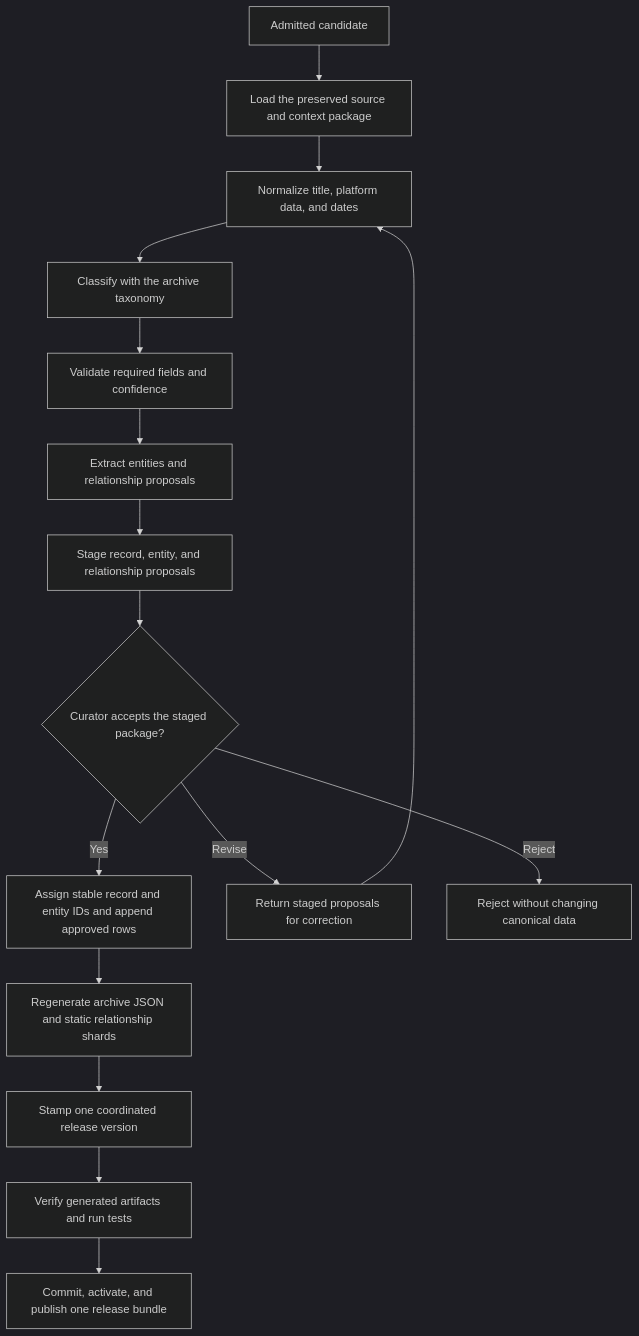
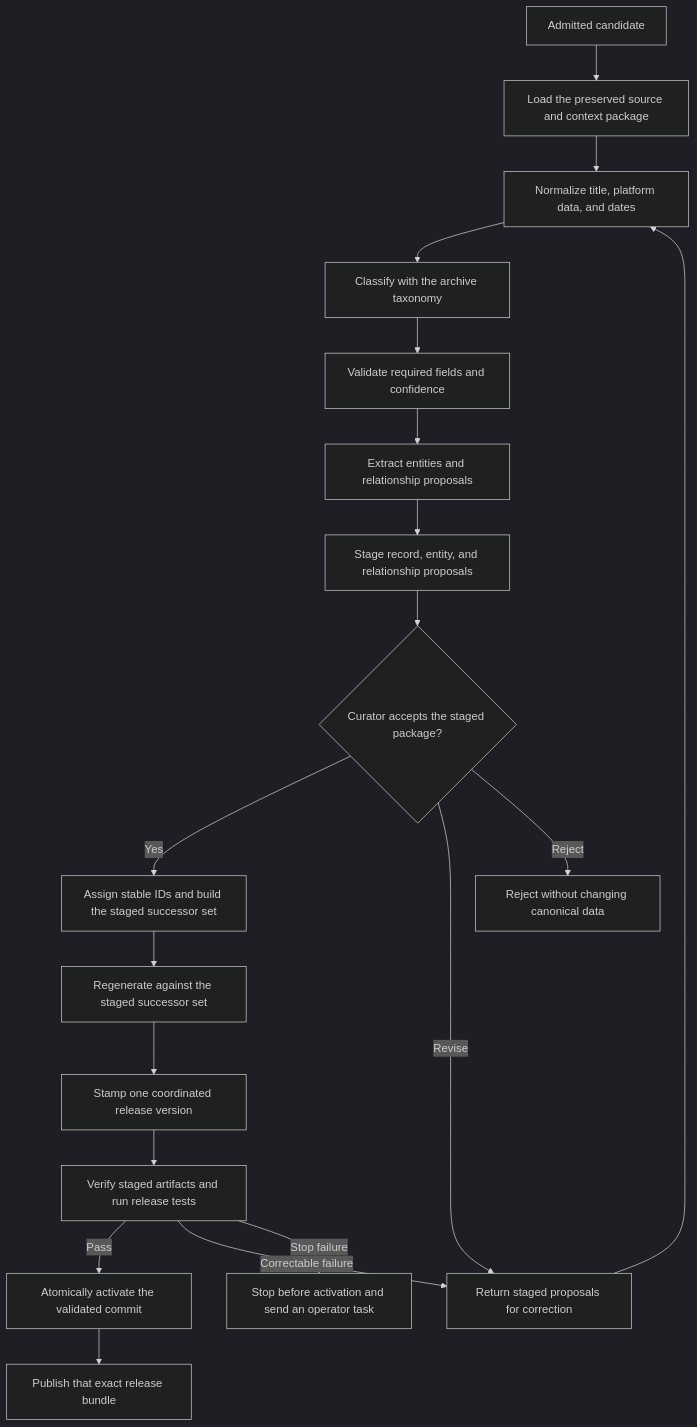
One commit to jamditis/rosen-frontend changed the fourth of 4 diagrams in docs/bluesky-stewardship-pipeline.md. Above: the diagram before and after it, drawn with Mermaid (dark theme). The commit also changed other lines of this file, not shown here.

Commit message:
docs: close stewardship release review gaps

````diff
--- a/docs/bluesky-stewardship-pipeline.md
+++ b/docs/bluesky-stewardship-pipeline.md
@@ -120,18 +120,21 @@
 ```mermaid
 flowchart TD
     A[Admitted candidate] --> B[Load the preserved source and context package]
     B --> C[Normalize title, platform data, and dates]
     C --> D[Classify with the archive taxonomy]
     D --> E[Validate required fields and confidence]
     E --> F[Extract entities and relationship proposals]
     F --> G[Stage record, entity, and relationship proposals]
     G --> H{Curator accepts the staged package?}
-    H -->|Yes| I[Assign stable record and entity IDs and append approved rows]
+    H -->|Yes| I[Assign stable IDs and build the staged successor set]
     H -->|Revise| J[Return staged proposals for correction]
     J --> C
     H -->|Reject| M[Reject without changing canonical data]
-    I --> K[Regenerate archive JSON and static relationship shards]
+    I --> K[Regenerate against the staged successor set]
     K --> L[Stamp one coordinated release version]
-    L --> N[Verify generated artifacts and run tests]
-    N --> O[Commit, activate, and publish one release bundle]
+    L --> N[Verify staged artifacts and run release tests]
+    N -->|Pass| O[Atomically activate the validated commit]
+    N -->|Correctable failure| J
+    N -->|Stop failure| Q[Stop before activation and send an operator task]
+    O --> P[Publish that exact release bundle]
 ```
````
